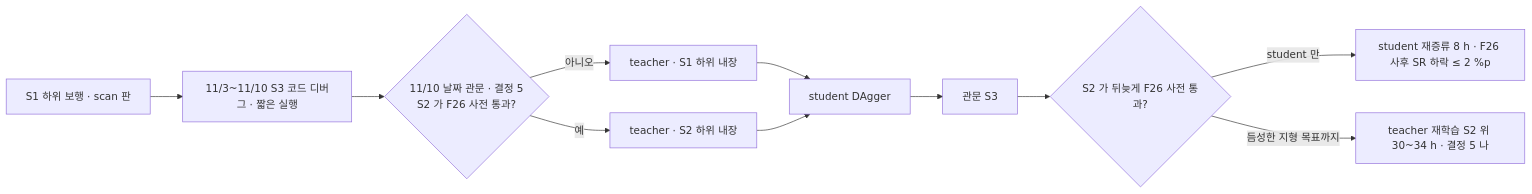
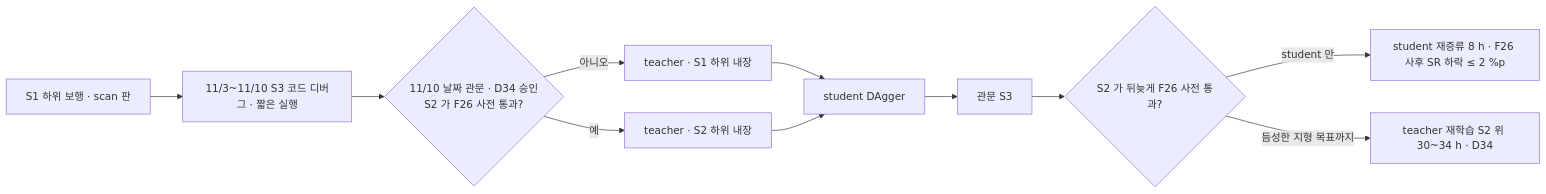
The second of 2 diagrams in inbox/jay/20261019-design/21-HIPAN-HIGH.md (foothold-project/foothold-lab), drawn with Mermaid before and after one commit. The commit also changed other lines of this file and 23 other files, not shown here.

````diff
--- a/inbox/jay/20261019-design/21-HIPAN-HIGH.md
+++ b/inbox/jay/20261019-design/21-HIPAN-HIGH.md
@@ -78,13 +78,13 @@
 ```mermaid
 flowchart LR
   S1[S1 하위 보행 · scan 판] --> DBG[11/3~11/10 S3 코드 디버그 · 짧은 실행]
-  DBG --> SEL{11/10 날짜 관문 · 결정 5<br/>S2 가 F26 사전 통과?}
+  DBG --> SEL{11/10 날짜 관문 · D34 승인<br/>S2 가 F26 사전 통과?}
   SEL -->|예| T2[teacher · S2 하위 내장]
   SEL -->|아니오| T1[teacher · S1 하위 내장]
   T1 --> ST[student DAgger]
   T2 --> ST
   ST --> EVAL[관문 S3]
   EVAL --> SW{S2 가 뒤늦게 F26 사전 통과?}
   SW -->|student 만| RD[student 재증류 8 h · F26 사후 SR 하락 ≤ 2 %p]
-  SW -->|듬성한 지형 목표까지| RT[teacher 재학습 S2 위 30~34 h · 결정 5 나]
+  SW -->|듬성한 지형 목표까지| RT[teacher 재학습 S2 위 30~34 h · D34]
 ```
````
